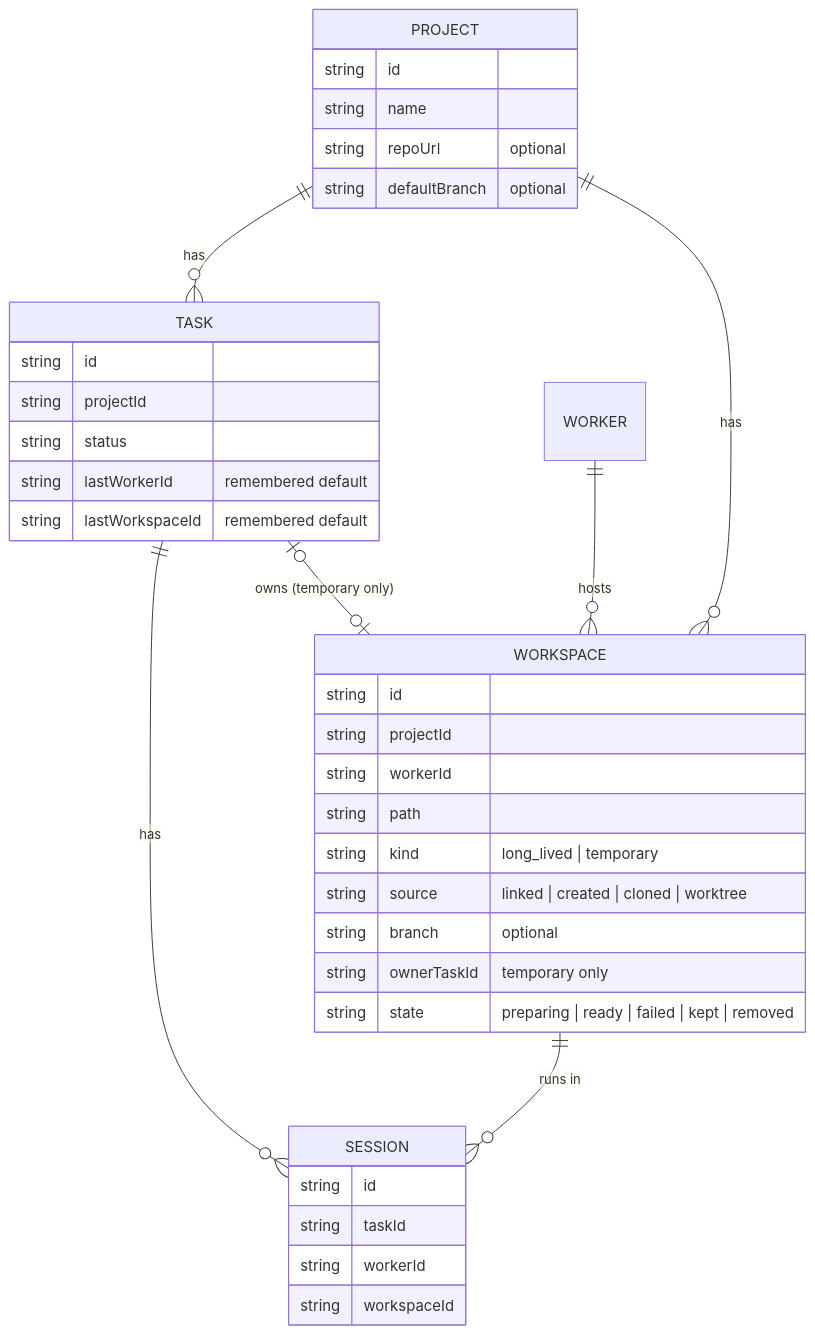
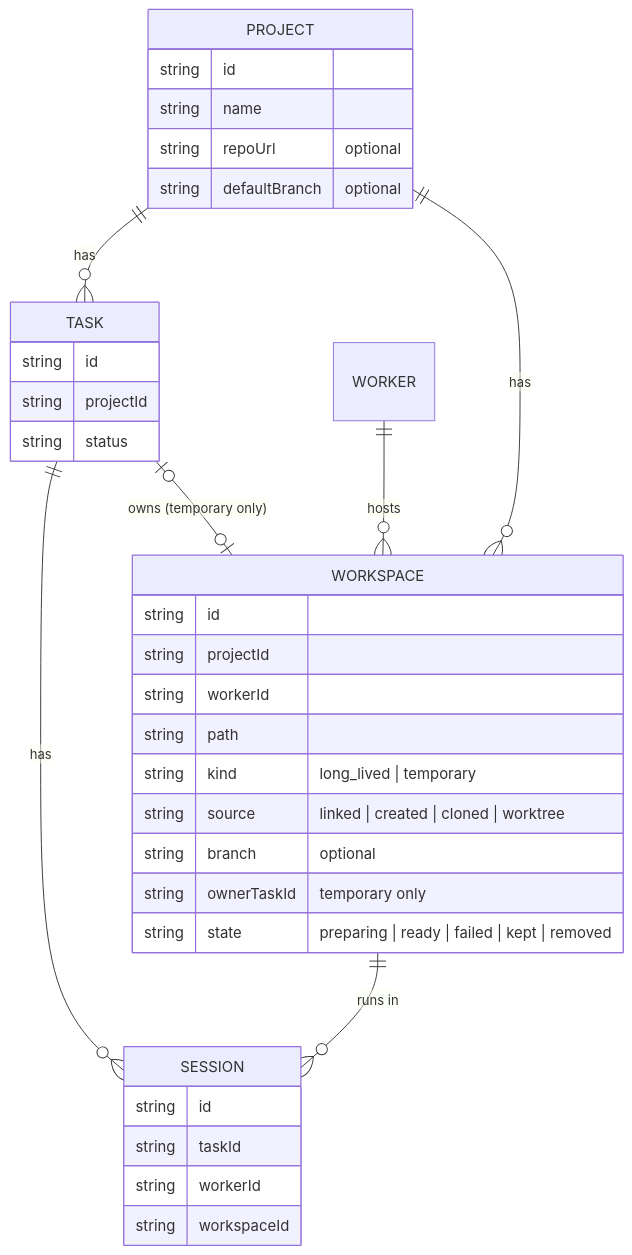
Before and after one commit to qdw497874677/agent-hub: the diagram in docs/design/workspaces.md, drawn with Mermaid. The commit also changed other lines of this file and 1 other file, not shown here.

````diff
--- a/docs/design/workspaces.md
+++ b/docs/design/workspaces.md
@@ -22,39 +22,37 @@
 ```mermaid
 erDiagram
   PROJECT ||--o{ TASK : has
   PROJECT ||--o{ WORKSPACE : has
   WORKER  ||--o{ WORKSPACE : hosts
   TASK    ||--o{ SESSION : has
   WORKSPACE ||--o{ SESSION : "runs in"
   TASK    |o--o| WORKSPACE : "owns (temporary only)"
   PROJECT {
     string id
     string name
     string repoUrl "optional"
     string defaultBranch "optional"
   }
   WORKSPACE {
     string id
     string projectId
     string workerId
     string path
     string kind "long_lived | temporary"
     string source "linked | created | cloned | worktree"
     string branch "optional"
     string ownerTaskId "temporary only"
     string state "preparing | ready | failed | kept | removed"
   }
   TASK {
     string id
     string projectId
     string status
-    string lastWorkerId "remembered default"
-    string lastWorkspaceId "remembered default"
   }
   SESSION {
     string id
     string taskId
     string workerId
     string workspaceId
   }
 ```
````
